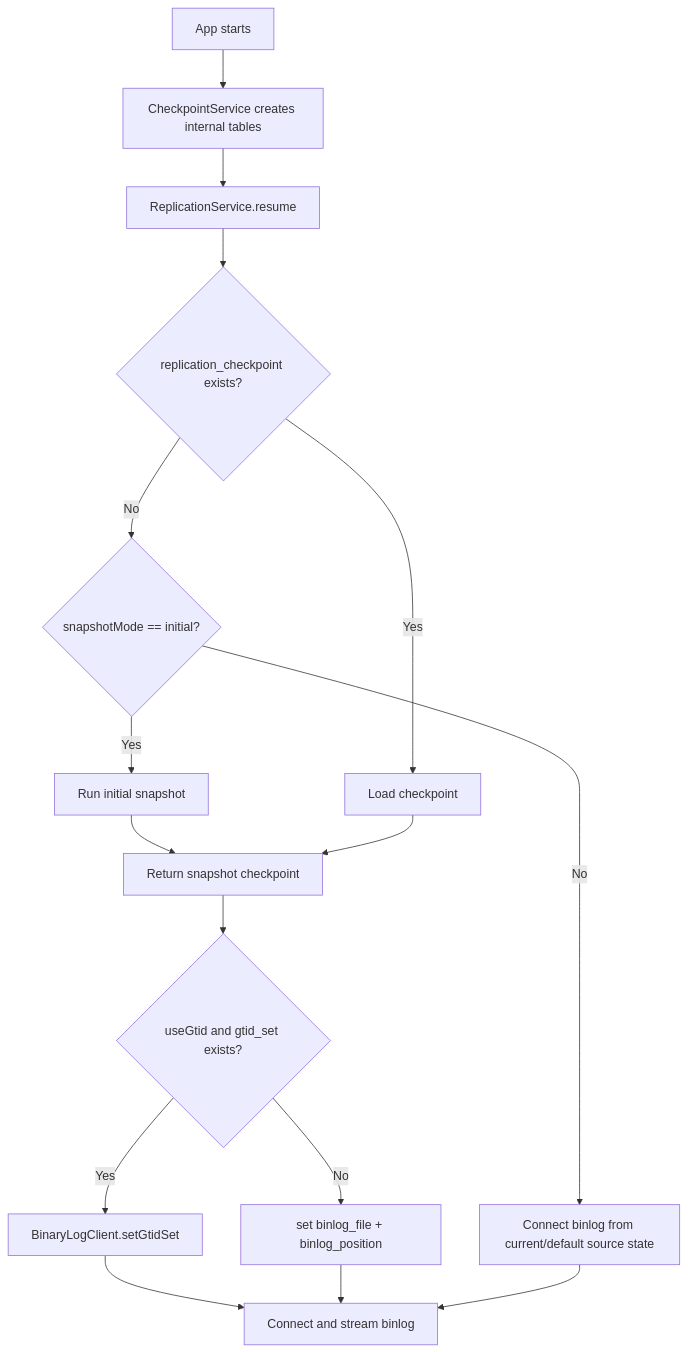
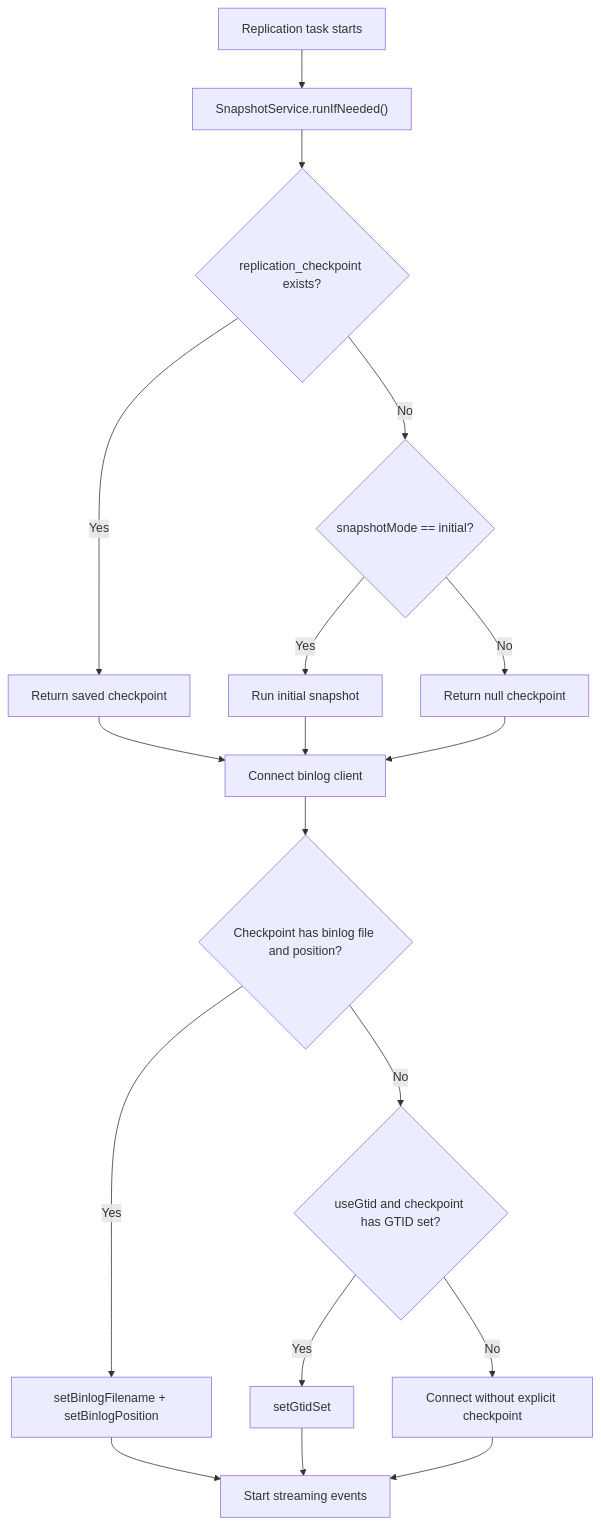
The third of 12 diagrams in backend/docs/replication-flow.md (phongthinkvitals/thinkvitals-mysql-replicator), drawn with Mermaid before and after one commit. The commit also changed other lines of this file and 9 other files, not shown here.

````diff
--- a/backend/docs/replication-flow.md
+++ b/backend/docs/replication-flow.md
@@ -76,18 +141,20 @@
 ```mermaid
 flowchart TD
-    A[App starts] --> B[CheckpointService creates internal tables]
-    B --> C[ReplicationService.resume]
-    C --> D{replication_checkpoint exists?}
-    D -- No --> E{snapshotMode == initial?}
-    E -- Yes --> F[Run initial snapshot]
-    E -- No --> G[Connect binlog from current/default source state]
-    D -- Yes --> H[Load checkpoint]
-    F --> I[Return snapshot checkpoint]
-    H --> I
-    I --> J{useGtid and gtid_set exists?}
-    J -- Yes --> K[BinaryLogClient.setGtidSet]
-    J -- No --> L[set binlog_file + binlog_position]
-    K --> M[Connect and stream binlog]
-    L --> M
-    G --> M
+    A["Replication task starts"] --> B["SnapshotService.runIfNeeded()"]
+    B --> C{"replication_checkpoint exists?"}
+    C -- "Yes" --> D["Return saved checkpoint"]
+    C -- "No" --> E{"snapshotMode == initial?"}
+    E -- "Yes" --> F["Run initial snapshot"]
+    E -- "No" --> G["Return null checkpoint"]
+    D --> H["Connect binlog client"]
+    F --> H
+    G --> H
+    H --> I{"Checkpoint has binlog file and position?"}
+    I -- "Yes" --> J["setBinlogFilename + setBinlogPosition"]
+    I -- "No" --> K{"useGtid and checkpoint has GTID set?"}
+    K -- "Yes" --> L["setGtidSet"]
+    K -- "No" --> M["Connect without explicit checkpoint"]
+    J --> N["Start streaming events"]
+    L --> N
+    M --> N
 ```
````
